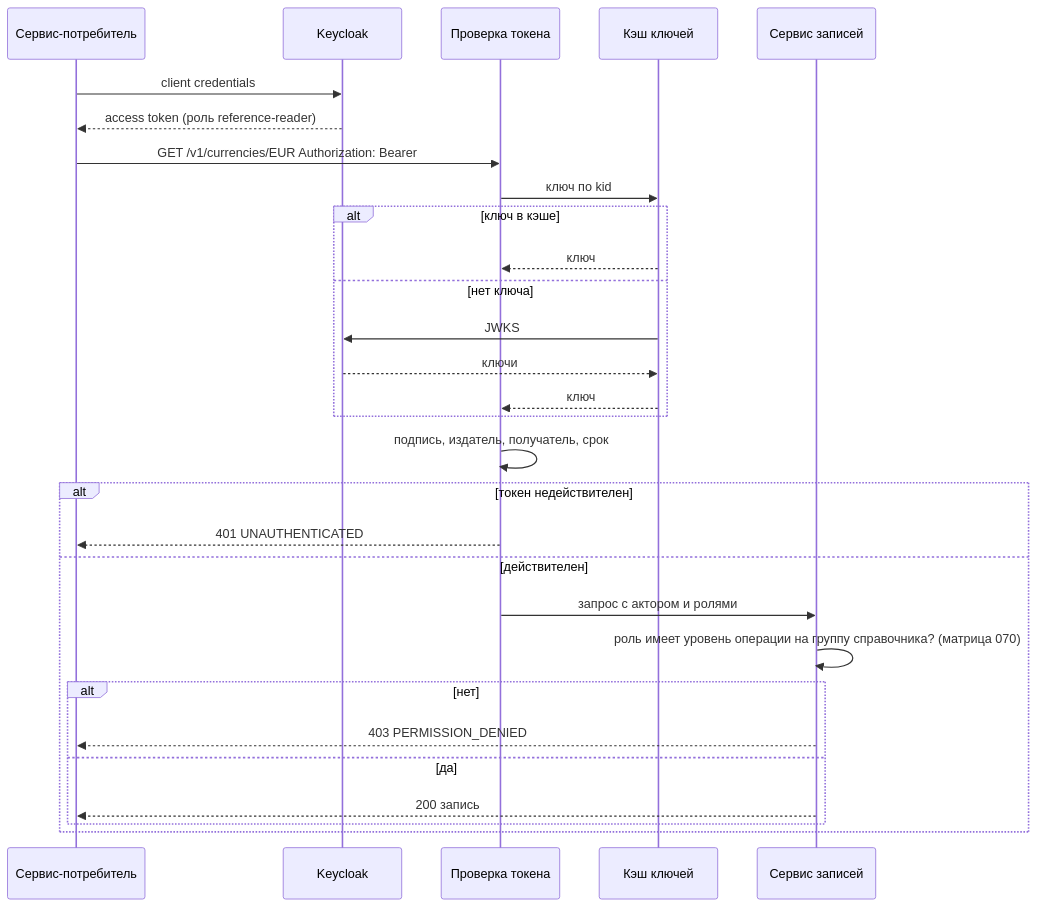
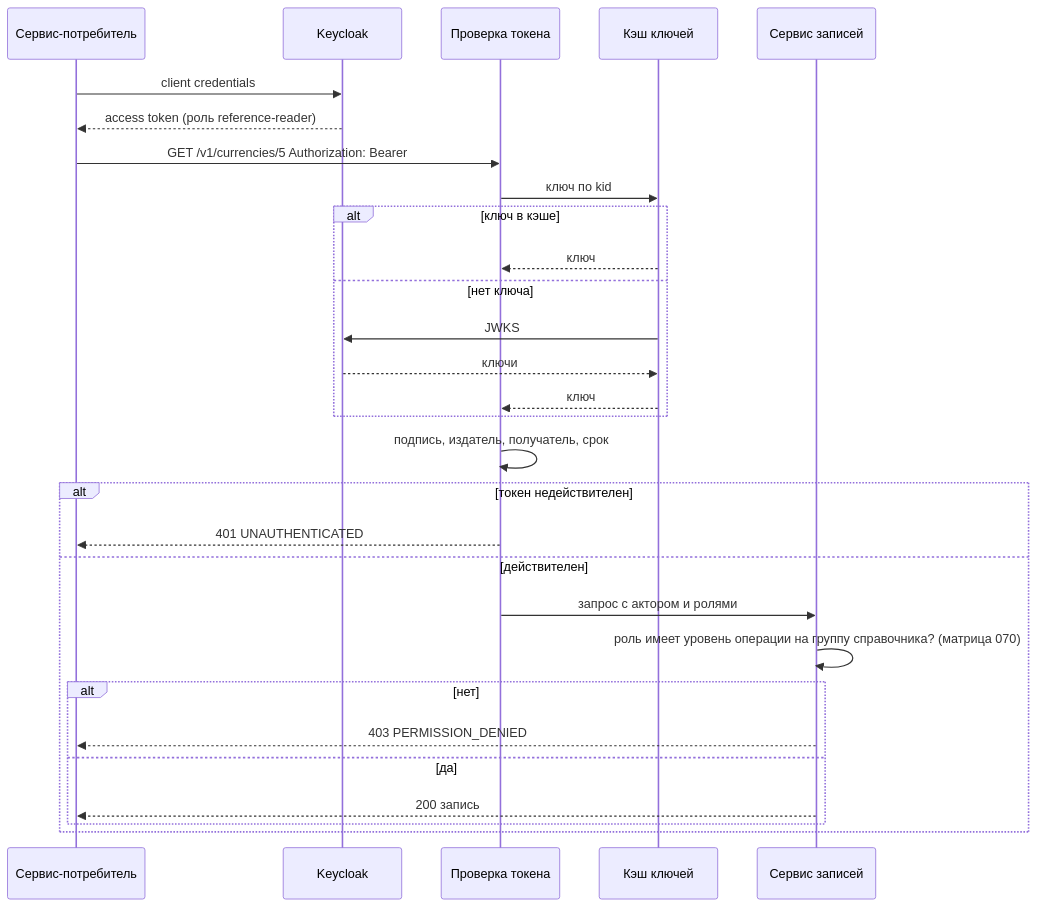
Before and after one commit to MEPhI-C22-501/arch-info-system-monorepo: the fourth of 11 diagrams in reference-manager/documents/155.sequence-diagrams.md, drawn with Mermaid. The commit also changed other lines of this file and 27 other files, not shown here.

````diff
--- a/reference-manager/documents/155.sequence-diagrams.md
+++ b/reference-manager/documents/155.sequence-diagrams.md
@@ -125,31 +116,31 @@
 ```mermaid
 sequenceDiagram
     participant C as Сервис-потребитель
     participant KC as Keycloak
     participant M as Проверка токена
     participant J as Кэш ключей
     participant S as Сервис записей
     C->>KC: client credentials
     KC-->>C: access token (роль reference-reader)
-    C->>M: GET /v1/currencies/EUR Authorization: Bearer
+    C->>M: GET /v1/currencies/5 Authorization: Bearer
     M->>J: ключ по kid
     alt ключ в кэше
         J-->>M: ключ
     else нет ключа
         J->>KC: JWKS
         KC-->>J: ключи
         J-->>M: ключ
     end
     M->>M: подпись, издатель, получатель, срок
     alt токен недействителен
         M-->>C: 401 UNAUTHENTICATED
     else действителен
         M->>S: запрос с актором и ролями
         S->>S: роль имеет уровень операции на группу справочника? (матрица 070)
         alt нет
             S-->>C: 403 PERMISSION_DENIED
         else да
             S-->>C: 200 запись
         end
     end
 ```
````
